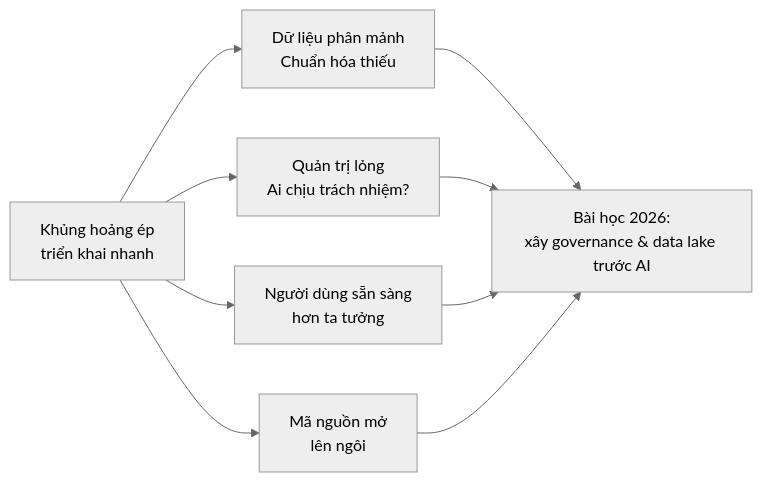
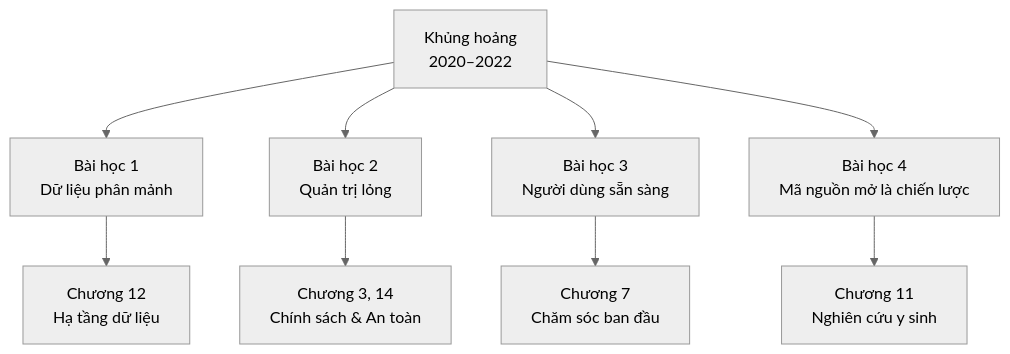
Before and after one commit to darkbaronuk/ai-yte-handbook: the second of 2 diagrams in content/chapters/01-hau-covid.md, drawn with Mermaid (neutral theme). The commit also changed other lines of this file and 9 other files, not shown here.

````diff
--- a/content/chapters/01-hau-covid.md
+++ b/content/chapters/01-hau-covid.md
@@ -78,11 +86,11 @@
 ```mermaid
-flowchart LR
-    A[Khủng hoảng ép<br/>triển khai nhanh] --> B[Dữ liệu phân mảnh<br/>Chuẩn hóa thiếu]
-    A --> C[Quản trị lỏng<br/>Ai chịu trách nhiệm?]
-    A --> D[Người dùng sẵn sàng<br/>hơn ta tưởng]
-    A --> E[Mã nguồn mở<br/>lên ngôi]
-    B --> F[Bài học 2026:<br/>xây governance & data lake trước AI]
-    C --> F
-    D --> F
-    E --> F
+flowchart TD
+    A[Khủng hoảng<br/>2020–2022] --> B1[Bài học 1<br/>Dữ liệu phân mảnh]
+    A --> B2[Bài học 2<br/>Quản trị lỏng]
+    A --> B3[Bài học 3<br/>Người dùng sẵn sàng]
+    A --> B4[Bài học 4<br/>Mã nguồn mở là chiến lược]
+    B1 --> C[Chương 12<br/>Hạ tầng dữ liệu]
+    B2 --> D[Chương 3, 14<br/>Chính sách & An toàn]
+    B3 --> E[Chương 7<br/>Chăm sóc ban đầu]
+    B4 --> F[Chương 11<br/>Nghiên cứu y sinh]
 ```
````
